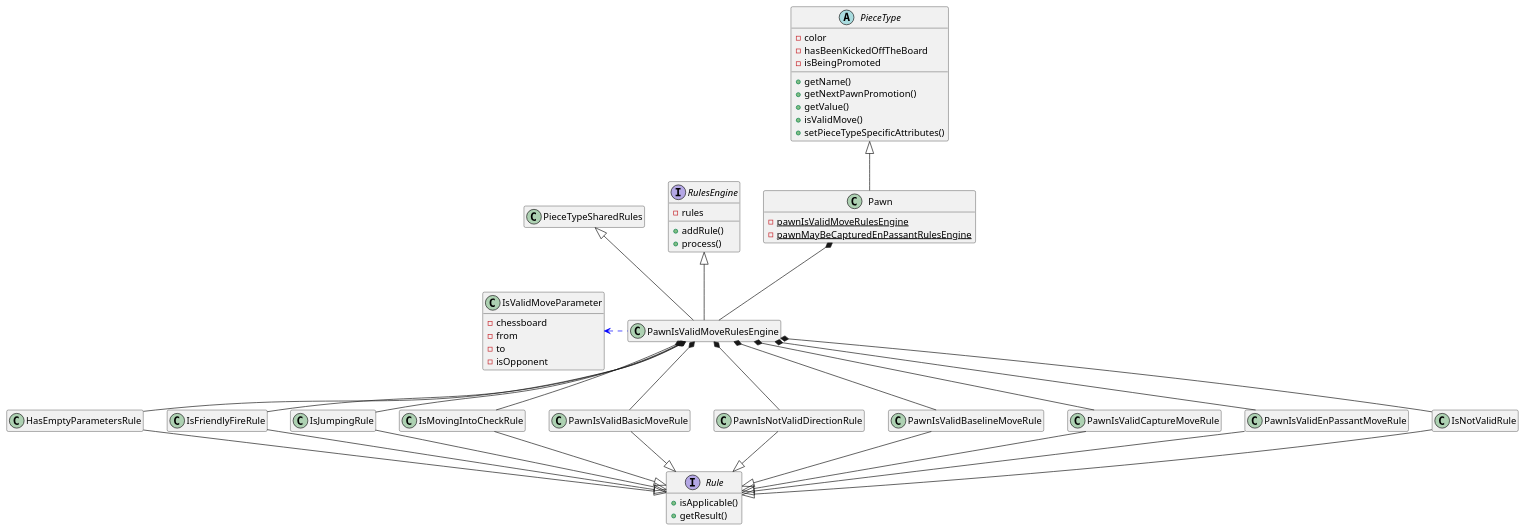
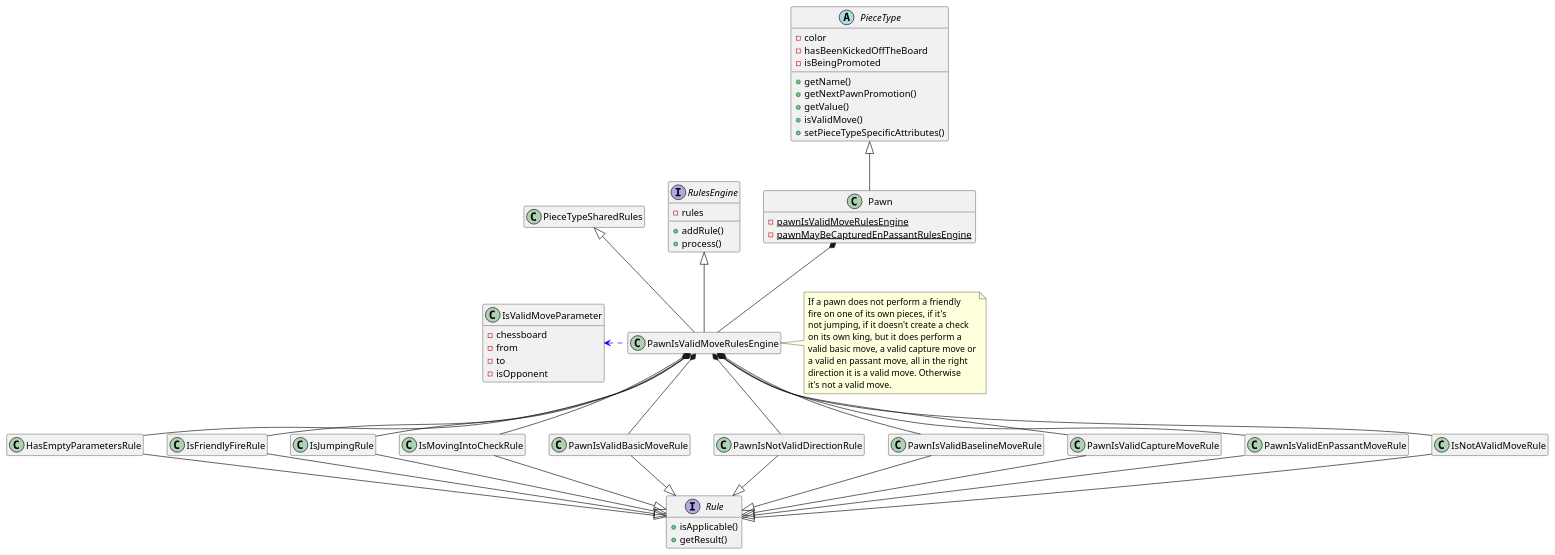
Before and after one commit to tiktaalick/chess-with-database: the diagram in game/src/main/resources/uml/pawnIsValidMove.puml, drawn with PlantUML. The commit also changed 22 other files, not shown here.

Commit message:
* Added notes to the class diagrams.

```diff
--- a/game/src/main/resources/uml/pawnIsValidMove.puml
+++ b/game/src/main/resources/uml/pawnIsValidMove.puml
@@ -1,75 +1,90 @@
 @startuml
 
 '--------------'
 'Hidden members'
 '--------------'
 hide empty members
 
 '----'
 'Move'
 '----'
 abstract class PieceType {
     - color
     - hasBeenKickedOffTheBoard
     - isBeingPromoted
     + getName()
     + getNextPawnPromotion()
     + getValue()
     + isValidMove()
     + setPieceTypeSpecificAttributes()
 }
 
 class Pawn {
     - {static} pawnIsValidMoveRulesEngine
     - {static} pawnMayBeCapturedEnPassantRulesEngine
 }
 
 class IsValidMoveParameter {
     - chessboard
     - from
     - to
     - isOpponent
 }
 
 interface RulesEngine {
     - rules
     + addRule()
     + process()
 }
 
 interface Rule {
     + isApplicable()
     + getResult()
 }
 
 '---------'
 'Relations'
 '---------'
 PieceType <|-down- Pawn
 Pawn *-down- PawnIsValidMoveRulesEngine
 PawnIsValidMoveRulesEngine -up-|> RulesEngine
 PawnIsValidMoveRulesEngine -up-|> PieceTypeSharedRules
 PawnIsValidMoveRulesEngine .left[#blue].> IsValidMoveParameter
 
 HasEmptyParametersRule -up-* PawnIsValidMoveRulesEngine
 IsFriendlyFireRule -up-* PawnIsValidMoveRulesEngine
 IsJumpingRule -up-* PawnIsValidMoveRulesEngine
 IsMovingIntoCheckRule -up-* PawnIsValidMoveRulesEngine
 PawnIsValidBasicMoveRule -up-* PawnIsValidMoveRulesEngine
 PawnIsNotValidDirectionRule -up-* PawnIsValidMoveRulesEngine
 PawnIsValidBaselineMoveRule -up-* PawnIsValidMoveRulesEngine
 PawnIsValidCaptureMoveRule -up-* PawnIsValidMoveRulesEngine
 PawnIsValidEnPassantMoveRule -up-* PawnIsValidMoveRulesEngine
-IsNotValidRule -up-* PawnIsValidMoveRulesEngine
+IsNotAValidMoveRule -up-* PawnIsValidMoveRulesEngine
 
 HasEmptyParametersRule -down-|> Rule
 IsFriendlyFireRule -down-|> Rule
 IsJumpingRule -down-|> Rule
 IsMovingIntoCheckRule -down-|> Rule
 PawnIsValidBasicMoveRule -down-|> Rule
 PawnIsNotValidDirectionRule -down-|> Rule
 PawnIsValidBaselineMoveRule -down-|> Rule
 PawnIsValidCaptureMoveRule -down-|> Rule
 PawnIsValidEnPassantMoveRule -down-|> Rule
-IsNotValidRule -down-|> Rule
+IsNotAValidMoveRule -down-|> Rule
+
+'-----'
+'Notes'
+'-----'
+note right of PawnIsValidMoveRulesEngine {
+    If a pawn does not perform a friendly
+    fire on one of its own pieces, if it's
+    not jumping, if it doesn't create a check
+    on its own king, but it does perform a
+    valid basic move, a valid capture move or
+    a valid en passant move, all in the right
+    direction it is a valid move. Otherwise
+    it's not a valid move.
+}
+
 @enduml
```
